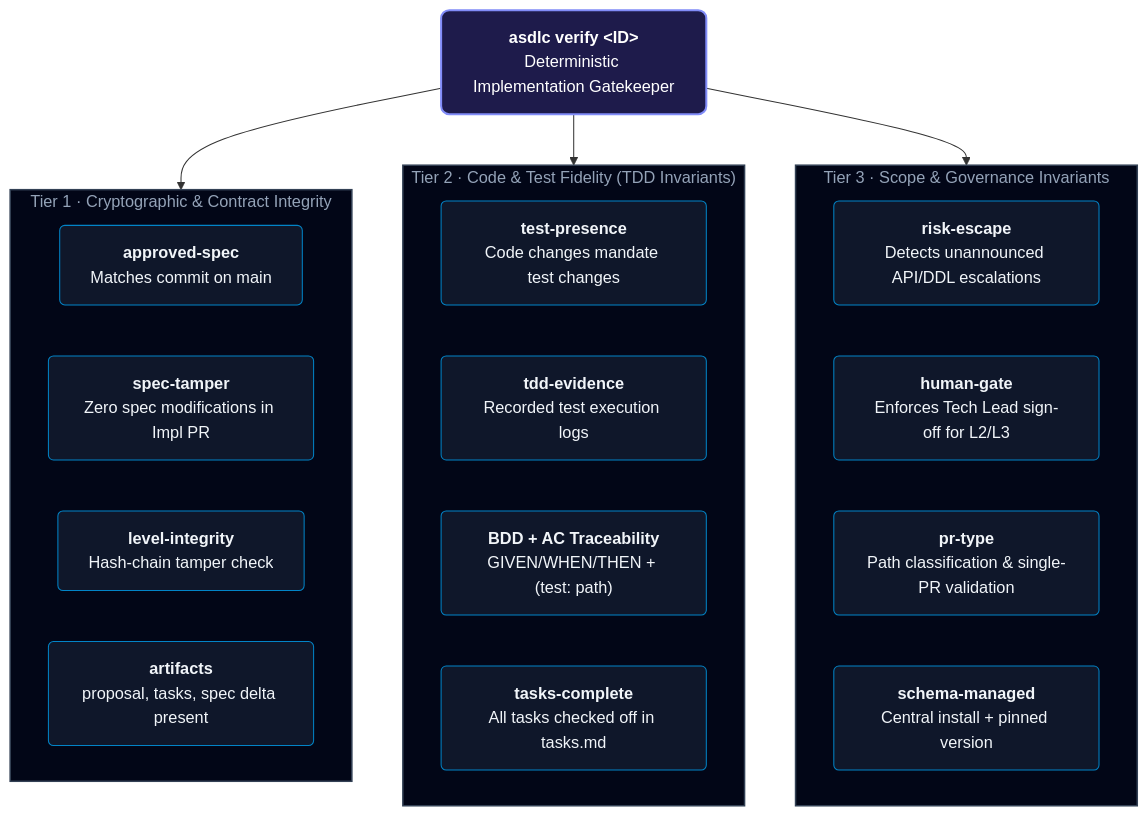
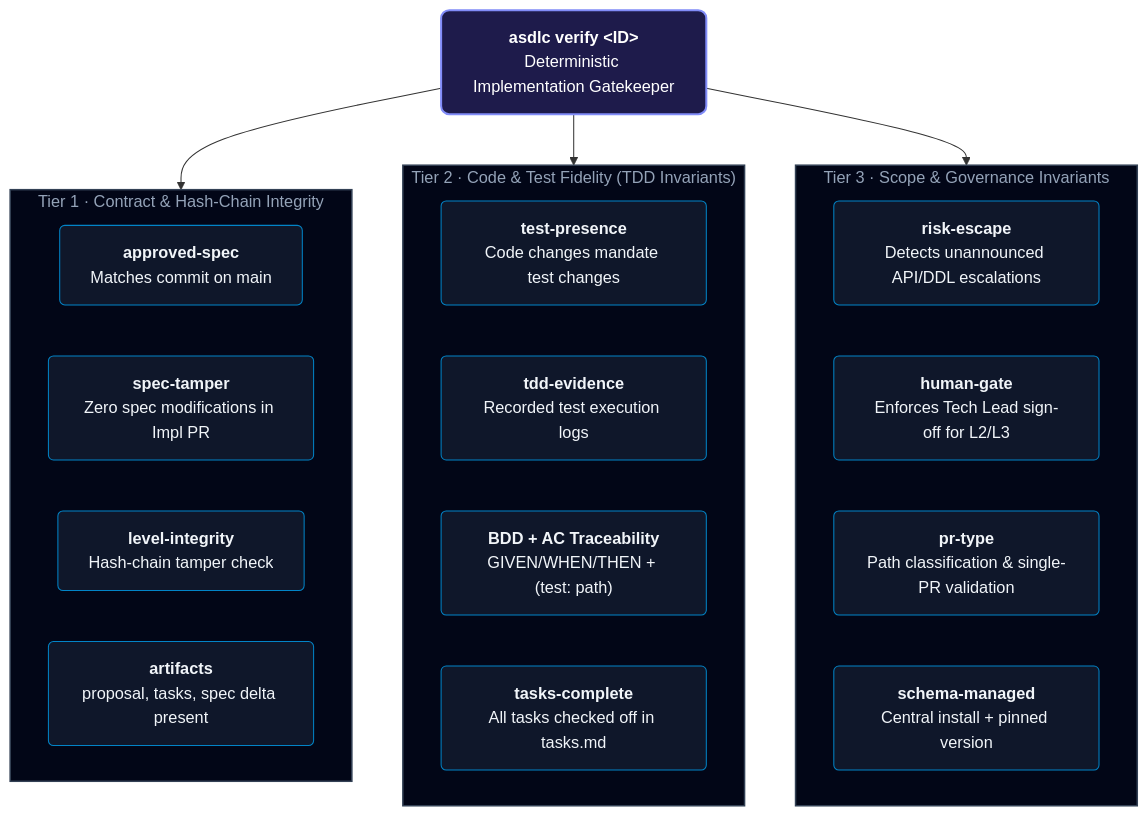
The second of 2 diagrams in README.md (akjamie/agentic-sdlc), drawn with Mermaid before and after one commit. The commit also changed other lines of this file and 5 other files, not shown here.

Commit message:
feat(topology): integrate graphify AST god nodes into v3 risk vector and formalize dual-engine classification

````diff
--- a/README.md
+++ b/README.md
@@ -242,37 +242,37 @@
 ```mermaid
 flowchart TD
     V["<b>asdlc verify &lt;ID&gt;</b><br/>Deterministic Implementation Gatekeeper"]
 
-    subgraph TIER1 ["Tier 1 · Cryptographic & Contract Integrity"]
+    subgraph TIER1 ["Tier 1 · Contract & Hash-Chain Integrity"]
         G_APPROVED["<b>approved-spec</b><br/>Matches commit on main"]
         G_TAMPER["<b>spec-tamper</b><br/>Zero spec modifications in Impl PR"]
         G_LEVEL["<b>level-integrity</b><br/>Hash-chain tamper check"]
         G_ARTIFACTS["<b>artifacts</b><br/>proposal, tasks, spec delta present"]
     end
 
     subgraph TIER2 ["Tier 2 · Code & Test Fidelity (TDD Invariants)"]
         G_PRESENCE["<b>test-presence</b><br/>Code changes mandate test changes"]
         G_TDD["<b>tdd-evidence</b><br/>Recorded test execution logs"]
         G_BDD["<b>BDD + AC Traceability</b><br/>GIVEN/WHEN/THEN + (test: path)"]
         G_TASKS["<b>tasks-complete</b><br/>All tasks checked off in tasks.md"]
     end
 
     subgraph TIER3 ["Tier 3 · Scope & Governance Invariants"]
         G_ESCAPE["<b>risk-escape</b><br/>Detects unannounced API/DDL escalations"]
         G_HUMAN["<b>human-gate</b><br/>Enforces Tech Lead sign-off for L2/L3"]
         G_PR["<b>pr-type</b><br/>Path classification & single-PR validation"]
         G_SCHEMA["<b>schema-managed</b><br/>Central install + pinned version"]
     end
 
     V --> TIER1
     V --> TIER2
     V --> TIER3
 
     classDef rootStyle fill:#1e1b4b,stroke:#818cf8,stroke-width:2px,color:#ffffff,rx:8px,ry:8px;
     classDef tierStyle fill:#020617,stroke:#334155,stroke-width:1.5px,color:#94a3b8;
     classDef gateStyle fill:#0f172a,stroke:#0284c7,stroke-width:1px,color:#f1f5f9,rx:5px,ry:5px;
 
     class V rootStyle;
     class TIER1,TIER2,TIER3 tierStyle;
     class G_APPROVED,G_TAMPER,G_LEVEL,G_ARTIFACTS,G_PRESENCE,G_TDD,G_BDD,G_TASKS,G_ESCAPE,G_HUMAN,G_PR,G_SCHEMA gateStyle;
 ```
````
